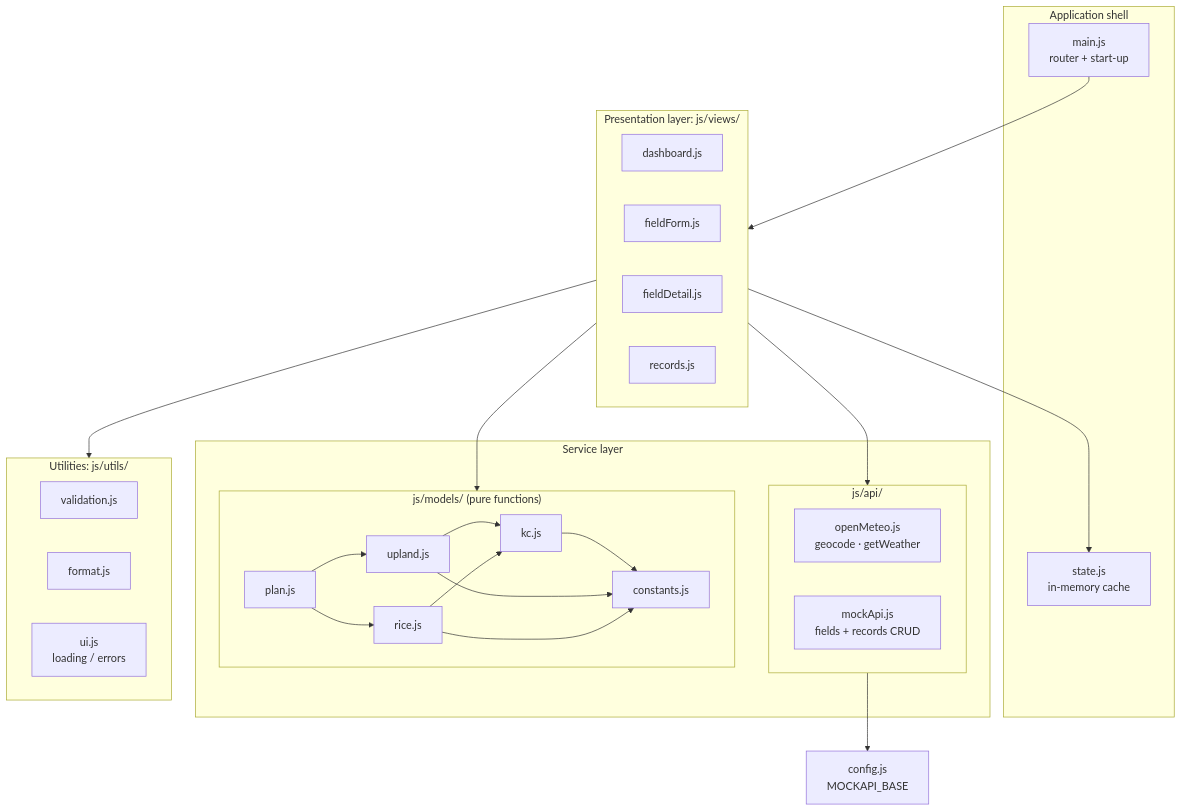
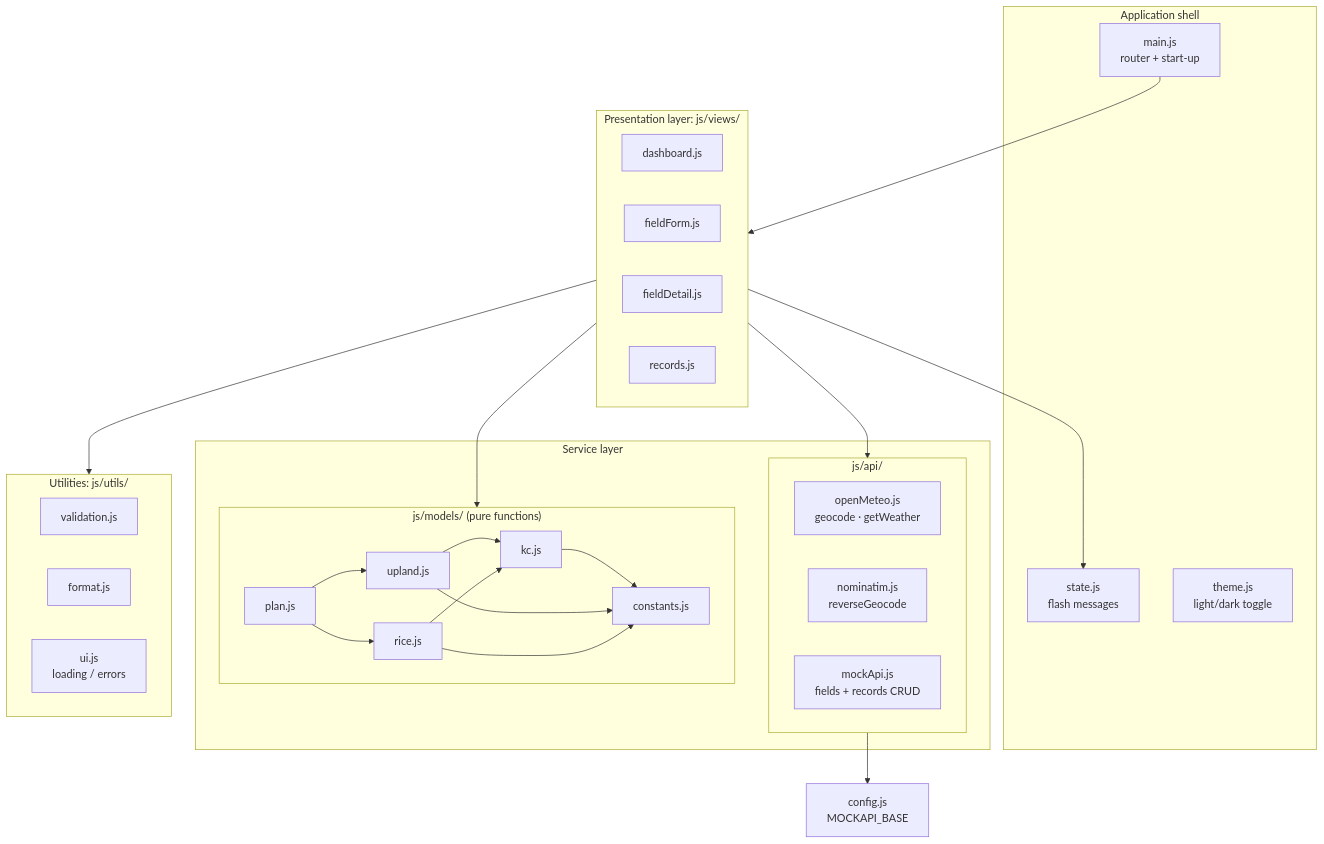
One commit to ViiUnknown/aquaplan changed the third of 13 diagrams in ARCHITECTURE.md. Above: the diagram before and after it, drawn with Mermaid. The commit also changed other lines of this file and 37 other files, not shown here.

````diff
--- a/ARCHITECTURE.md
+++ b/ARCHITECTURE.md
@@ -91,48 +108,50 @@
 ```mermaid
 flowchart TB
     subgraph L1["Presentation layer: js/views/"]
         dash["dashboard.js"]
         form["fieldForm.js"]
         detail["fieldDetail.js"]
         recs["records.js"]
     end
 
     subgraph L0["Application shell"]
         main["main.js<br/>router + start-up"]
-        state["state.js<br/>in-memory cache"]
+        state["state.js<br/>flash messages"]
+        theme["theme.js<br/>light/dark toggle"]
     end
 
     subgraph L2["Service layer"]
         subgraph api["js/api/"]
             om["openMeteo.js<br/>geocode · getWeather"]
+            nom["nominatim.js<br/>reverseGeocode"]
             ma["mockApi.js<br/>fields + records CRUD"]
         end
         subgraph models["js/models/ (pure functions)"]
             kc["kc.js"]
             up["upland.js"]
             rice["rice.js"]
             plan["plan.js"]
             const["constants.js"]
         end
     end
 
     subgraph L3["Utilities: js/utils/"]
         val["validation.js"]
         fmt["format.js"]
         ui["ui.js<br/>loading / errors"]
     end
 
     main --> L1
     L1 --> state
     L1 --> api
     L1 --> models
     L1 --> L3
     up --> kc
     rice --> kc
     plan --> up
     plan --> rice
     kc --> const
     up --> const
     rice --> const
     api --> cfg["config.js<br/>MOCKAPI_BASE"]
 ```
````
